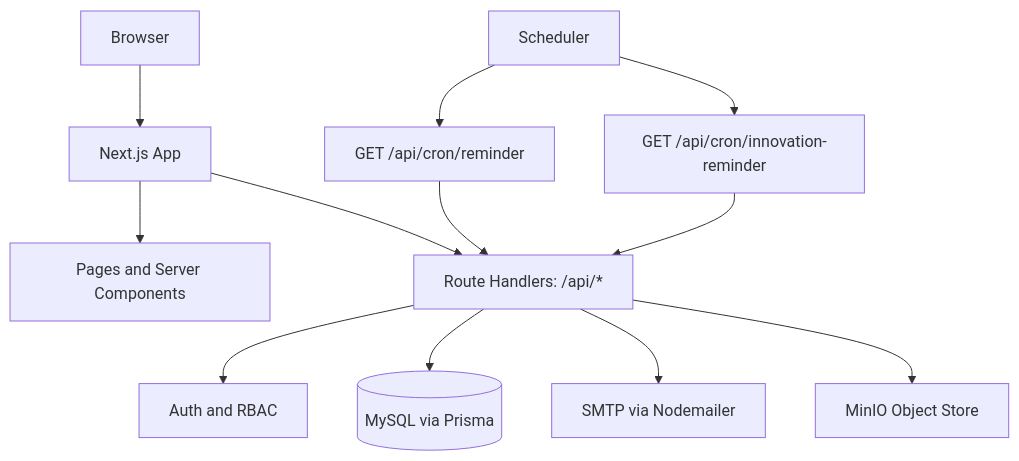
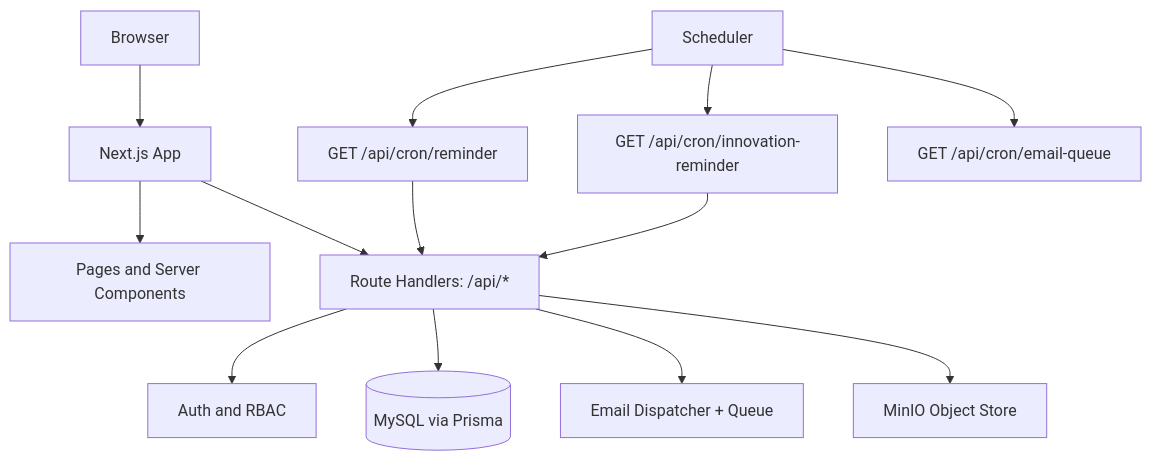
The third of 36 diagrams in README.md (Newer1107/CoE-Main), drawn with Mermaid before and after one commit. The commit also changed other lines of this file and 12 other files, not shown here.

First line of the commit message:
feat(email-delivery): implement email job queue system

````diff
--- a/README.md
+++ b/README.md
@@ -225,14 +225,15 @@
 ```mermaid
 flowchart TD
   B[Browser] --> N[Next.js App]
   N --> P[Pages and Server Components]
   N --> R[Route Handlers: /api/*]
   R --> A[Auth and RBAC]
   R --> D[(MySQL via Prisma)]
-  R --> M[SMTP via Nodemailer]
+  R --> M[Email Dispatcher + Queue]
   R --> S[MinIO Object Store]
   C[Scheduler] --> CR1[GET /api/cron/reminder]
   C --> CR2[GET /api/cron/innovation-reminder]
+  C --> CR3[GET /api/cron/email-queue]
   CR1 --> R
   CR2 --> R
 ```
````
